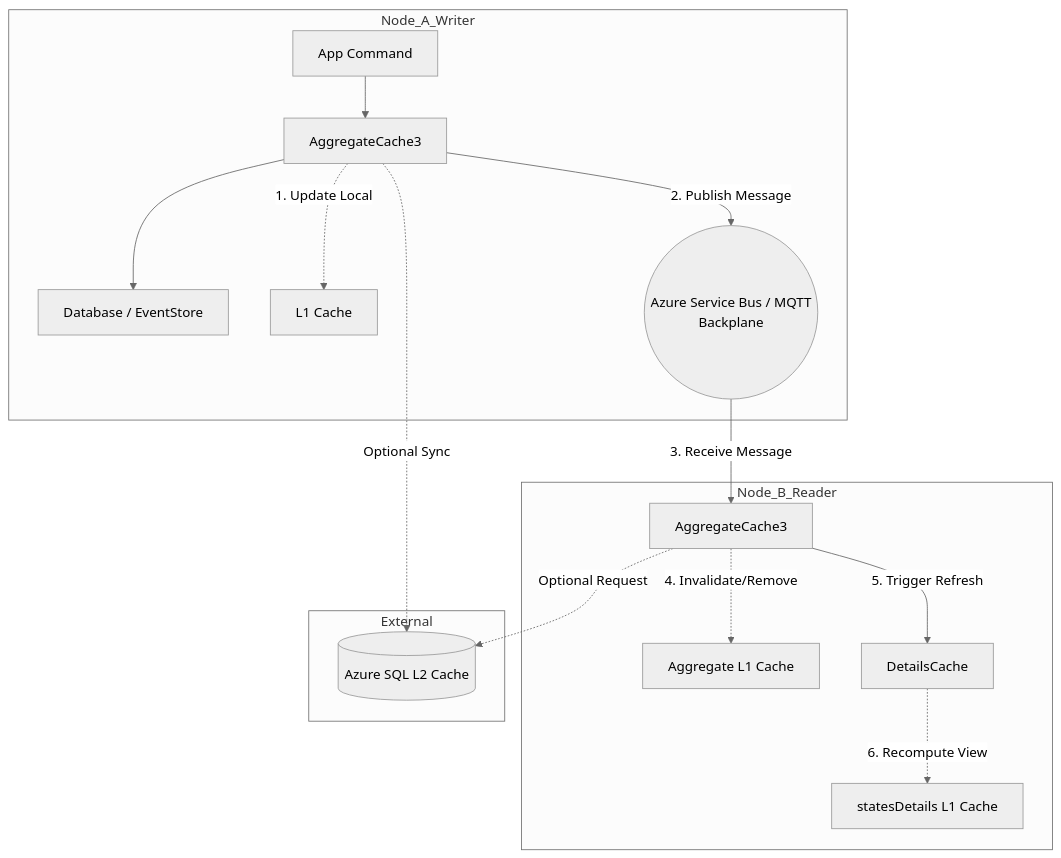
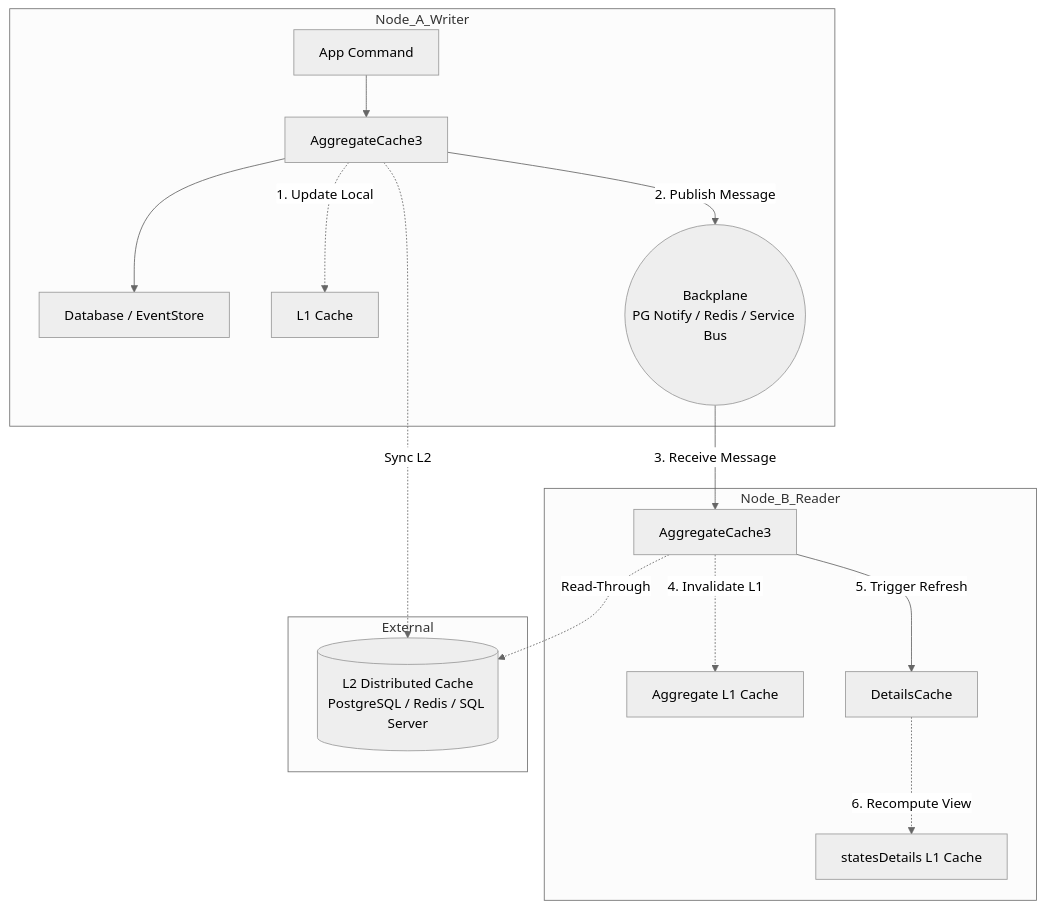
Before and after one commit to tonyx/SharpinoDoc: the third of 3 diagrams in src/content/docs/caching/architecture.md, drawn with Mermaid (neutral theme). The commit also changed other lines of this file and 8 other files, not shown here.

````diff
--- a/src/content/docs/caching/architecture.md
+++ b/src/content/docs/caching/architecture.md
@@ -106,22 +118,22 @@
 ```mermaid
 graph TD
     subgraph Node_A_Writer
         A_App[App Command] --> A_AC[AggregateCache3]
         A_AC --> A_EventStore[Database / EventStore]
         A_AC -. "1. Update Local" .-> A_L1[L1 Cache]
-        A_AC -- "2. Publish Message" --> ASB((Azure Service Bus / MQTT<br/>Backplane))
+        A_AC -- "2. Publish Message" --> ASB((Backplane<br/>PG Notify / Redis / Service Bus))
     end
 
     subgraph Node_B_Reader
         ASB -- "3. Receive Message" --> B_AC[AggregateCache3]
-        B_AC -. "4. Invalidate/Remove" .-> B_L1_Agg[Aggregate L1 Cache]
+        B_AC -. "4. Invalidate L1" .-> B_L1_Agg[Aggregate L1 Cache]
         B_AC -- "5. Trigger Refresh" --> B_DC[DetailsCache]
         B_DC -. "6. Recompute View" .-> B_L1_Det[statesDetails L1 Cache]
     end
 
     subgraph External
-        L2[(Azure SQL L2 Cache)]
-        A_AC -. "Optional Sync" .-> L2
-        B_AC -. "Optional Request" .-> L2
+        L2[(L2 Distributed Cache<br/>PostgreSQL / Redis / SQL Server)]
+        A_AC -. "Sync L2" .-> L2
+        B_AC -. "Read-Through" .-> L2
     end
 ```
````
